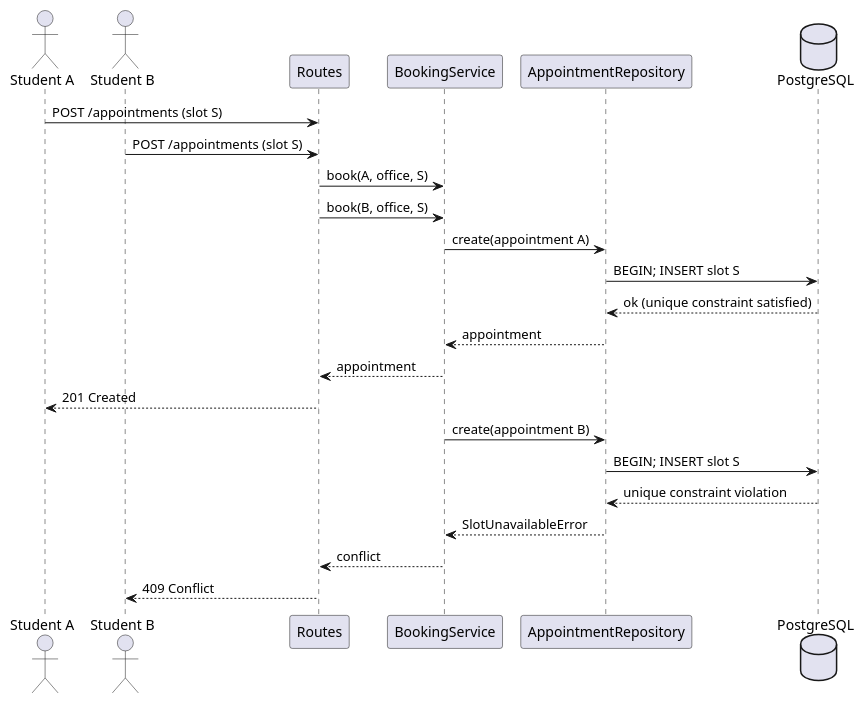
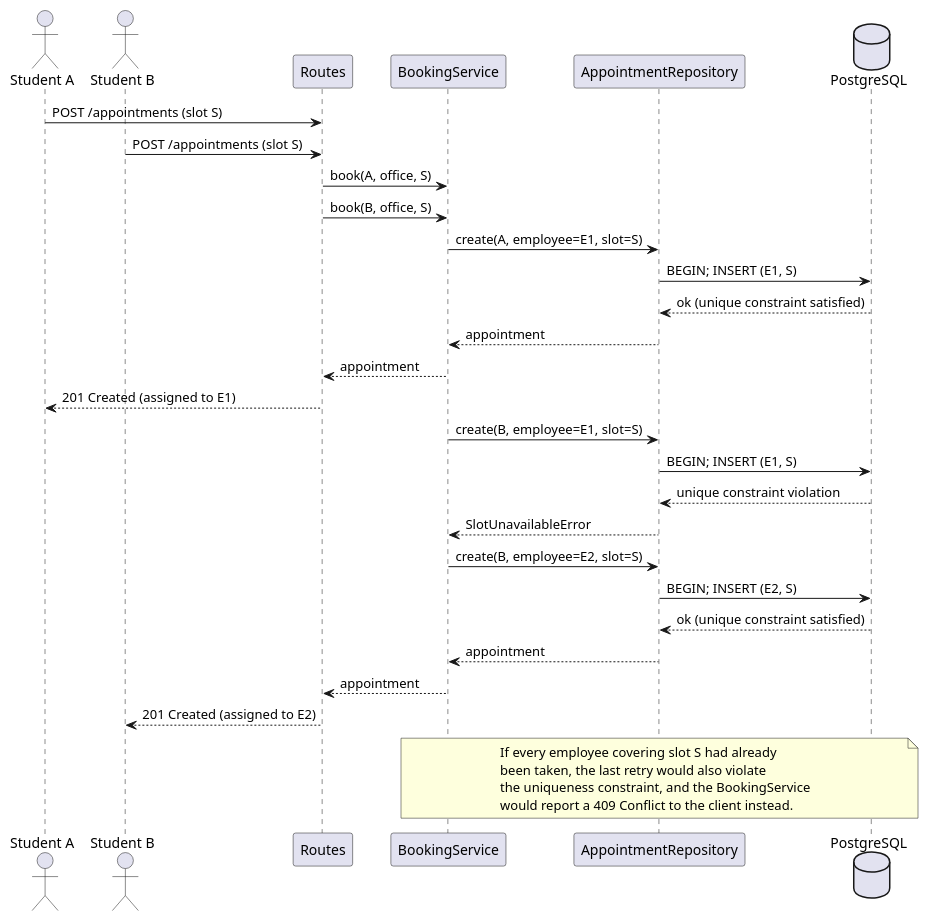
Before and after one commit to unibo-dtm-se-2526-PRONTO/report: the diagram in sections/03-design/assets/seq2.puml, drawn with PlantUML. The commit also changed 11 other files, not shown here.

Commit message:
docs(design): fix diagrams and unify terminology

```diff
--- a/sections/03-design/assets/seq2.puml
+++ b/sections/03-design/assets/seq2.puml
@@ -1,27 +1,39 @@
-@startuml sequence-concurrent-booking
+@startuml seq2
 actor "Student A" as A
 actor "Student B" as B
 participant "Routes" as routes
 participant "BookingService" as booksvc
 participant "AppointmentRepository" as apptrepo
 database "PostgreSQL" as db
 
 A -> routes : POST /appointments (slot S)
 B -> routes : POST /appointments (slot S)
 routes -> booksvc : book(A, office, S)
 routes -> booksvc : book(B, office, S)
 
-booksvc -> apptrepo : create(appointment A)
-apptrepo -> db : BEGIN; INSERT slot S
+booksvc -> apptrepo : create(A, employee=E1, slot=S)
+apptrepo -> db : BEGIN; INSERT (E1, S)
 db --> apptrepo : ok (unique constraint satisfied)
 apptrepo --> booksvc : appointment
 booksvc --> routes : appointment
-routes --> A : 201 Created
+routes --> A : 201 Created (assigned to E1)
 
-booksvc -> apptrepo : create(appointment B)
-apptrepo -> db : BEGIN; INSERT slot S
+booksvc -> apptrepo : create(B, employee=E1, slot=S)
+apptrepo -> db : BEGIN; INSERT (E1, S)
 db --> apptrepo : unique constraint violation
 apptrepo --> booksvc : SlotUnavailableError
-booksvc --> routes : conflict
-routes --> B : 409 Conflict
+
+booksvc -> apptrepo : create(B, employee=E2, slot=S)
+apptrepo -> db : BEGIN; INSERT (E2, S)
+db --> apptrepo : ok (unique constraint satisfied)
+apptrepo --> booksvc : appointment
+booksvc --> routes : appointment
+routes --> B : 201 Created (assigned to E2)
+
+note over booksvc, db
+  If every employee covering slot S had already
+  been taken, the last retry would also violate
+  the uniqueness constraint, and the BookingService
+  would report a 409 Conflict to the client instead.
+end note
 @enduml
```
